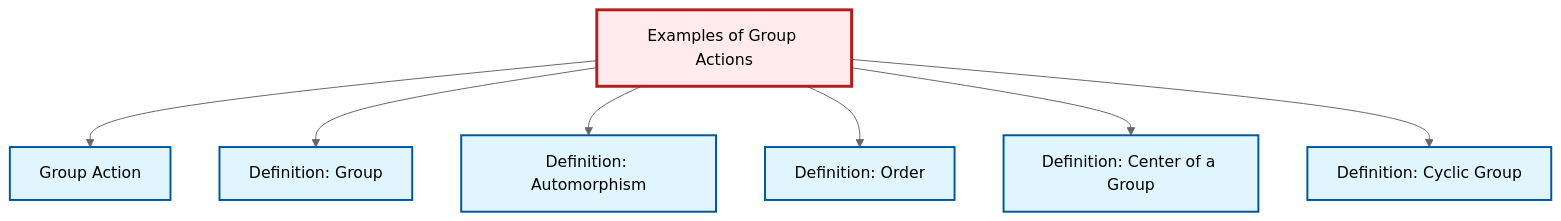
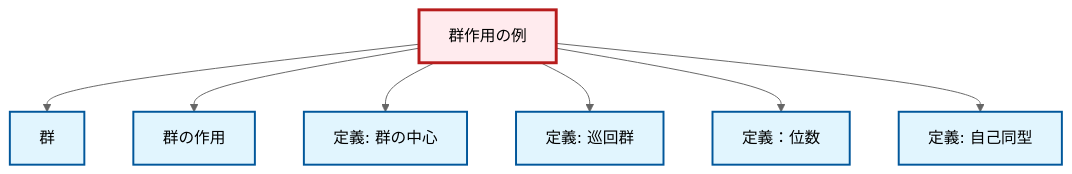
Before and after one commit to RK0429/ModernMath: the diagram in content/ja/algebra/ex-group-action-examples.qmd, drawn with Mermaid (neutral theme). The commit also changed 1069 other files, not shown here.

````diff
--- a/content/ja/algebra/ex-group-action-examples.qmd
+++ b/content/ja/algebra/ex-group-action-examples.qmd
@@ -78,29 +78,29 @@
 ```{mermaid}
 %%| fig-cap: "Local dependency graph"
 graph TD
     classDef definition fill:#e1f5fe,stroke:#01579b,stroke-width:2px
     classDef theorem fill:#f3e5f5,stroke:#4a148c,stroke-width:2px
     classDef axiom fill:#fff3e0,stroke:#e65100,stroke-width:2px
     classDef example fill:#e8f5e9,stroke:#1b5e20,stroke-width:2px
     classDef current fill:#ffebee,stroke:#b71c1c,stroke-width:3px
-    def-cyclic-group["Definition: Cyclic Group"]:::definition
-    def-center-of-group["Definition: Center of a Group"]:::definition
-    def-group["Definition: Group"]:::definition
-    def-order["Definition: Order"]:::definition
-    ex-group-action-examples["Examples of Group Actions"]:::example
-    def-group-action["Group Action"]:::definition
-    def-automorphism["Definition: Automorphism"]:::definition
+    def-automorphism["定義: 自己同型"]:::definition
+    def-cyclic-group["定義: 巡回群"]:::definition
+    def-order["定義：位数"]:::definition
+    ex-group-action-examples["群作用の例"]:::example
+    def-center-of-group["定義: 群の中心"]:::definition
+    def-group-action["群の作用"]:::definition
+    def-group["群"]:::definition
+    ex-group-action-examples --> def-group
     ex-group-action-examples --> def-group-action
-    ex-group-action-examples --> def-group
-    ex-group-action-examples --> def-automorphism
-    ex-group-action-examples --> def-order
     ex-group-action-examples --> def-center-of-group
     ex-group-action-examples --> def-cyclic-group
+    ex-group-action-examples --> def-order
+    ex-group-action-examples --> def-automorphism
     class ex-group-action-examples current
-    click def-cyclic-group "def-cyclic-group.html" "Definition: Cyclic Groupへ"
-    click def-center-of-group "def-center-of-group.html" "Definition: Center of a Groupへ"
-    click def-group "def-group.html" "Definition: Groupへ"
-    click def-order "def-order.html" "Definition: Orderへ"
-    click def-group-action "def-group-action.html" "Group Actionへ"
-    click def-automorphism "def-automorphism.html" "Definition: Automorphismへ"
+    click def-automorphism "def-automorphism.html" "自己同型の定義へ"
+    click def-cyclic-group "def-cyclic-group.html" "巡回群の定義へ"
+    click def-order "def-order.html" "定義：位数へ"
+    click def-center-of-group "def-center-of-group.html" "群の中心の定義へ"
+    click def-group-action "def-group-action.html" "群の作用へ"
+    click def-group "def-group.html" "群へ"
 ```
````
